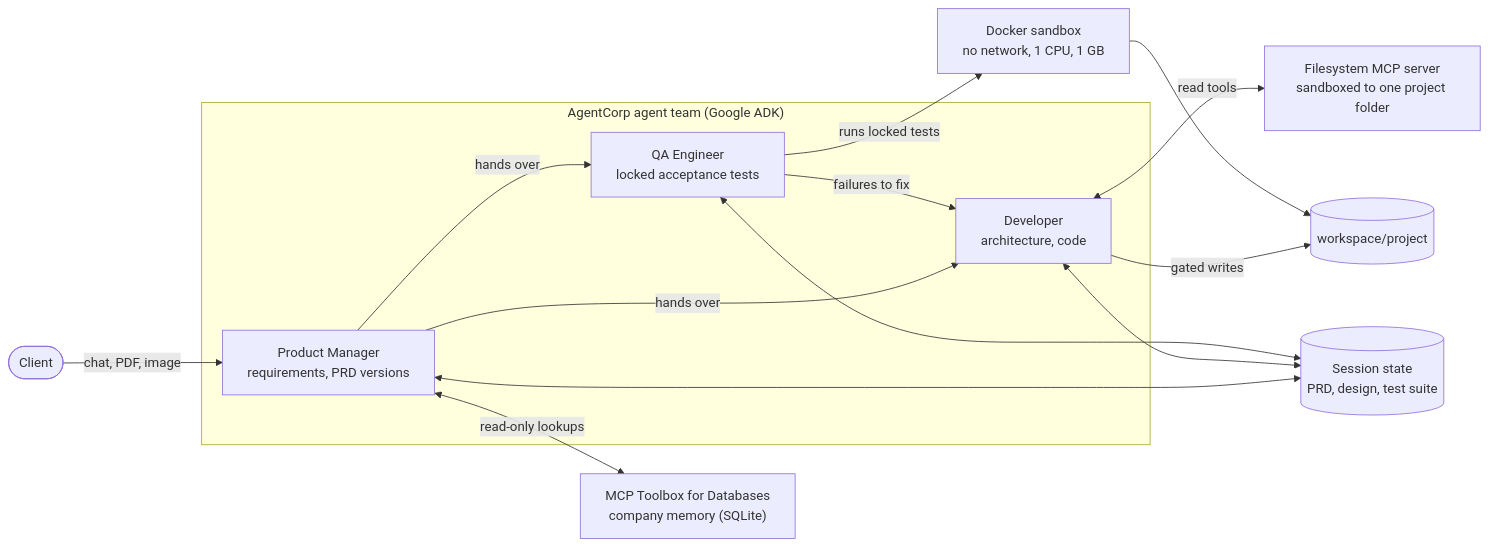
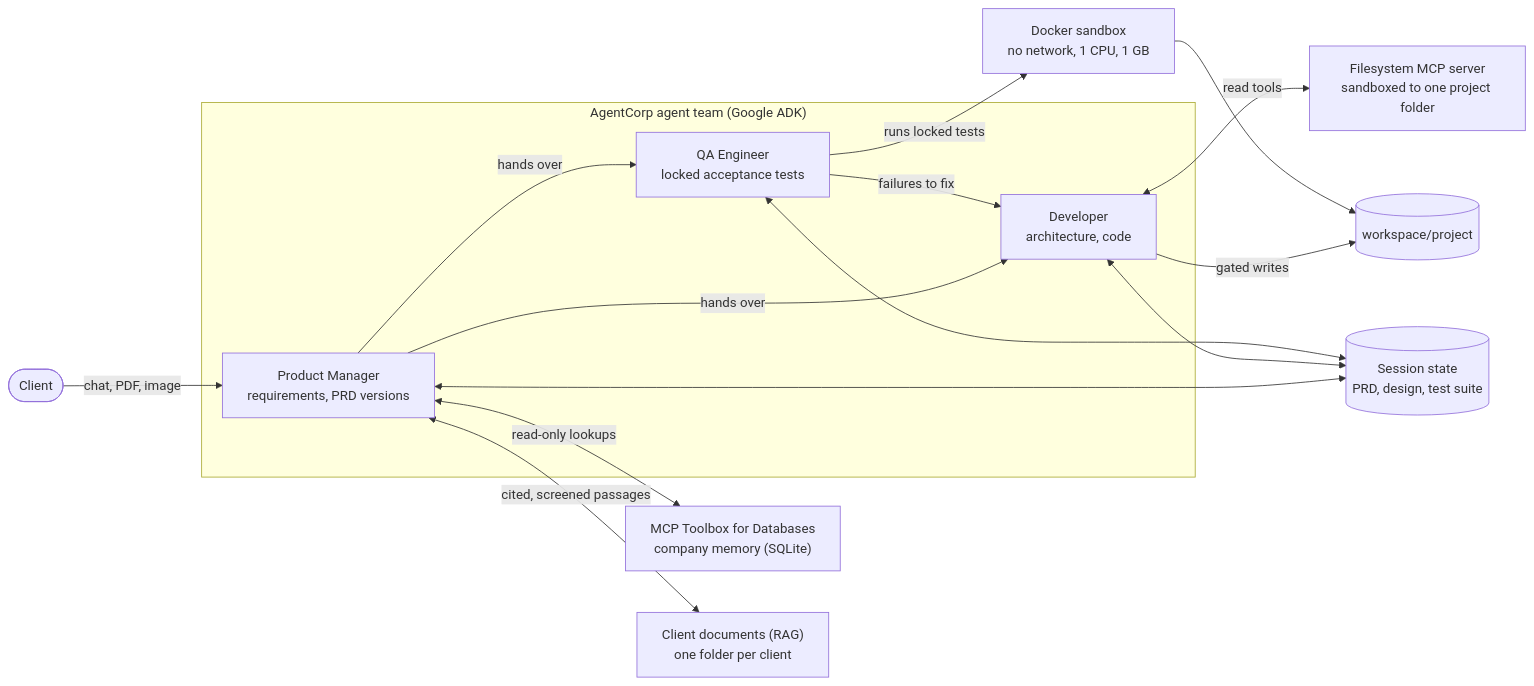
The first of 2 diagrams in docs/demo/architecture.md (nithinskumar866/agent_Agile_ai), drawn with Mermaid before and after one commit. The commit also changed other lines of this file and 6 other files, not shown here.

````diff
--- a/docs/demo/architecture.md
+++ b/docs/demo/architecture.md
@@ -8,22 +8,23 @@
 ```mermaid
 flowchart LR
     C([Client]) -->|chat, PDF, image| PM
 
     subgraph TEAM["AgentCorp agent team (Google ADK)"]
         PM["Product Manager<br/>requirements, PRD versions"]
         DEV["Developer<br/>architecture, code"]
         QA["QA Engineer<br/>locked acceptance tests"]
         PM -- hands over --> DEV
         PM -- hands over --> QA
         QA -- failures to fix --> DEV
     end
 
     PM <-->|read-only lookups| TB["MCP Toolbox for Databases<br/>company memory (SQLite)"]
+    PM <-->|cited, screened passages| KB["Client documents (RAG)<br/>one folder per client"]
     DEV <-->|read tools| FS["Filesystem MCP server<br/>sandboxed to one project folder"]
     DEV -->|gated writes| WS[("workspace/project")]
     QA -->|runs locked tests| DK["Docker sandbox<br/>no network, 1 CPU, 1 GB"]
     DK --> WS
 
     STATE[("Session state<br/>PRD, design, test suite")]
     PM & DEV & QA <--> STATE
 ```
````
